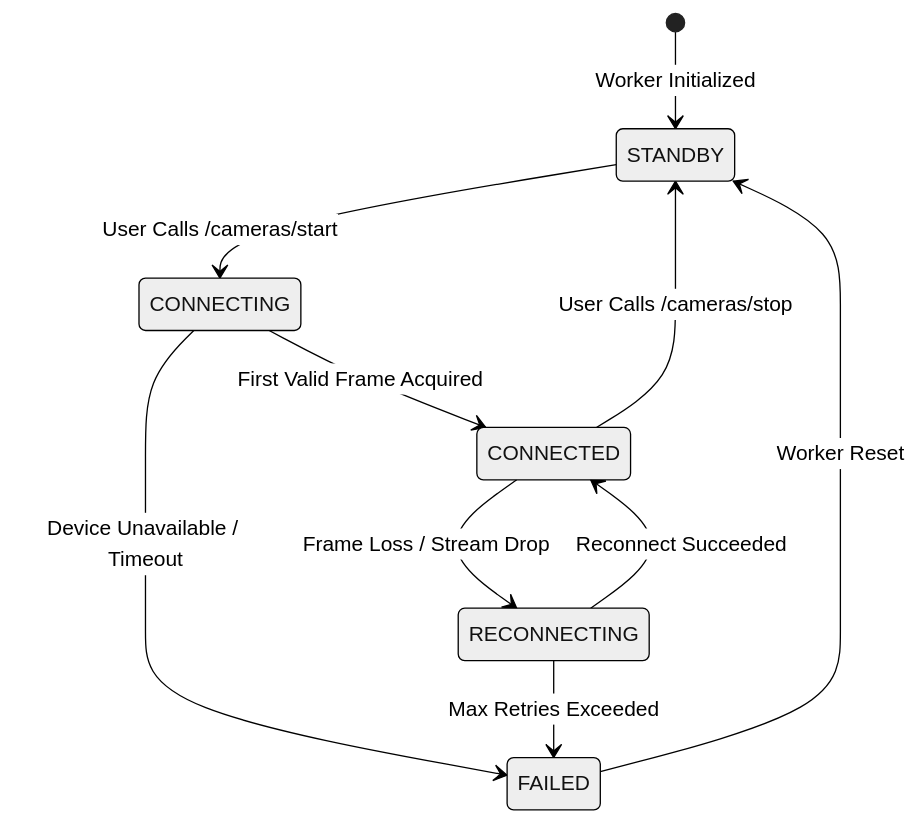
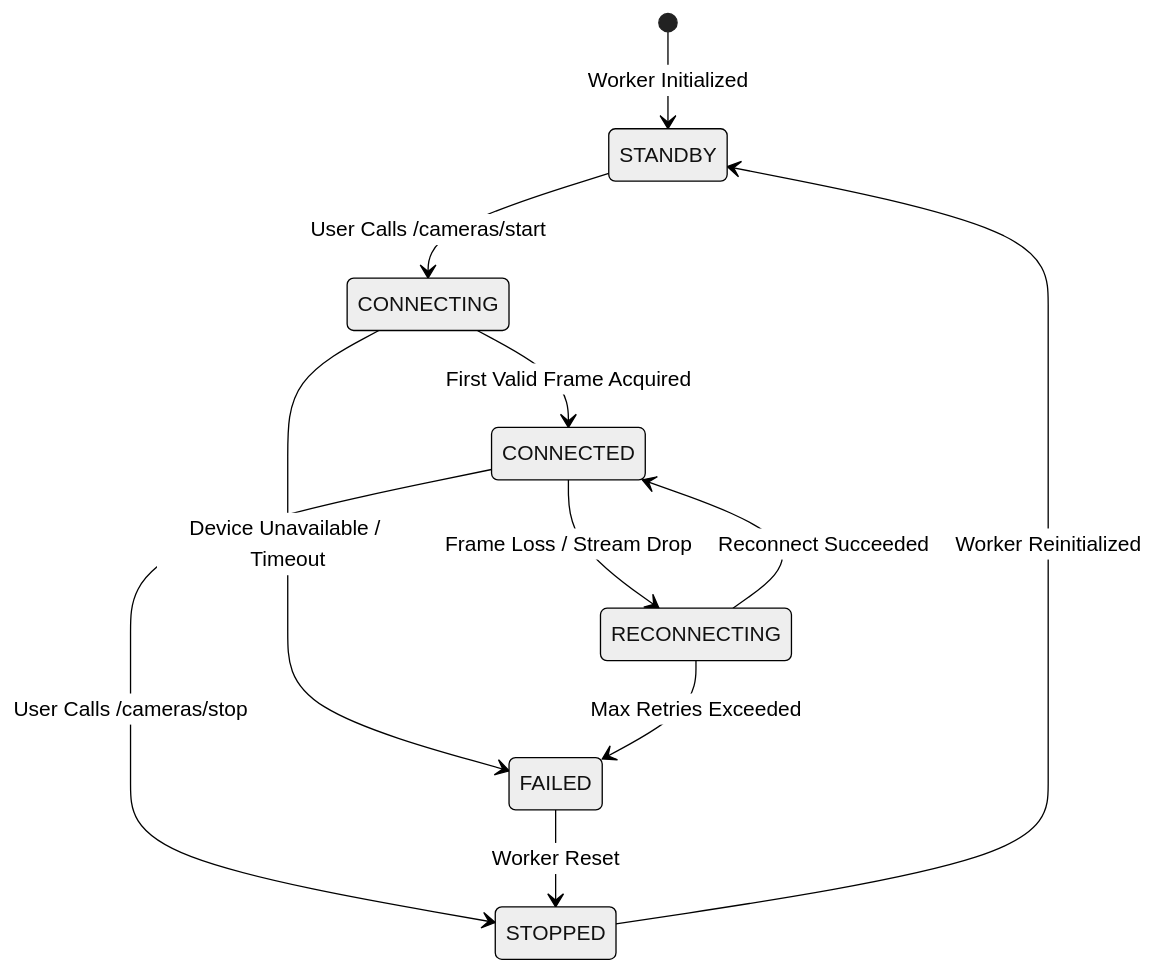
Before and after one commit to chanuka8/argus-gait-recognition: the second of 2 diagrams in README.md, drawn with Mermaid (neutral theme). The commit also changed other lines of this file and 19 other files, not shown here.

````diff
--- a/README.md
+++ b/README.md
@@ -256,12 +309,13 @@
 ```mermaid
 stateDiagram-v2
     [*] --> STANDBY: Worker Initialized
     STANDBY --> CONNECTING: User Calls /cameras/start
     CONNECTING --> CONNECTED: First Valid Frame Acquired
     CONNECTING --> FAILED: Device Unavailable / Timeout
     CONNECTED --> RECONNECTING: Frame Loss / Stream Drop
     RECONNECTING --> CONNECTED: Reconnect Succeeded
     RECONNECTING --> FAILED: Max Retries Exceeded
-    CONNECTED --> STANDBY: User Calls /cameras/stop
-    FAILED --> STANDBY: Worker Reset
+    CONNECTED --> STOPPED: User Calls /cameras/stop
+    FAILED --> STOPPED: Worker Reset
+    STOPPED --> STANDBY: Worker Reinitialized
 ```
````
